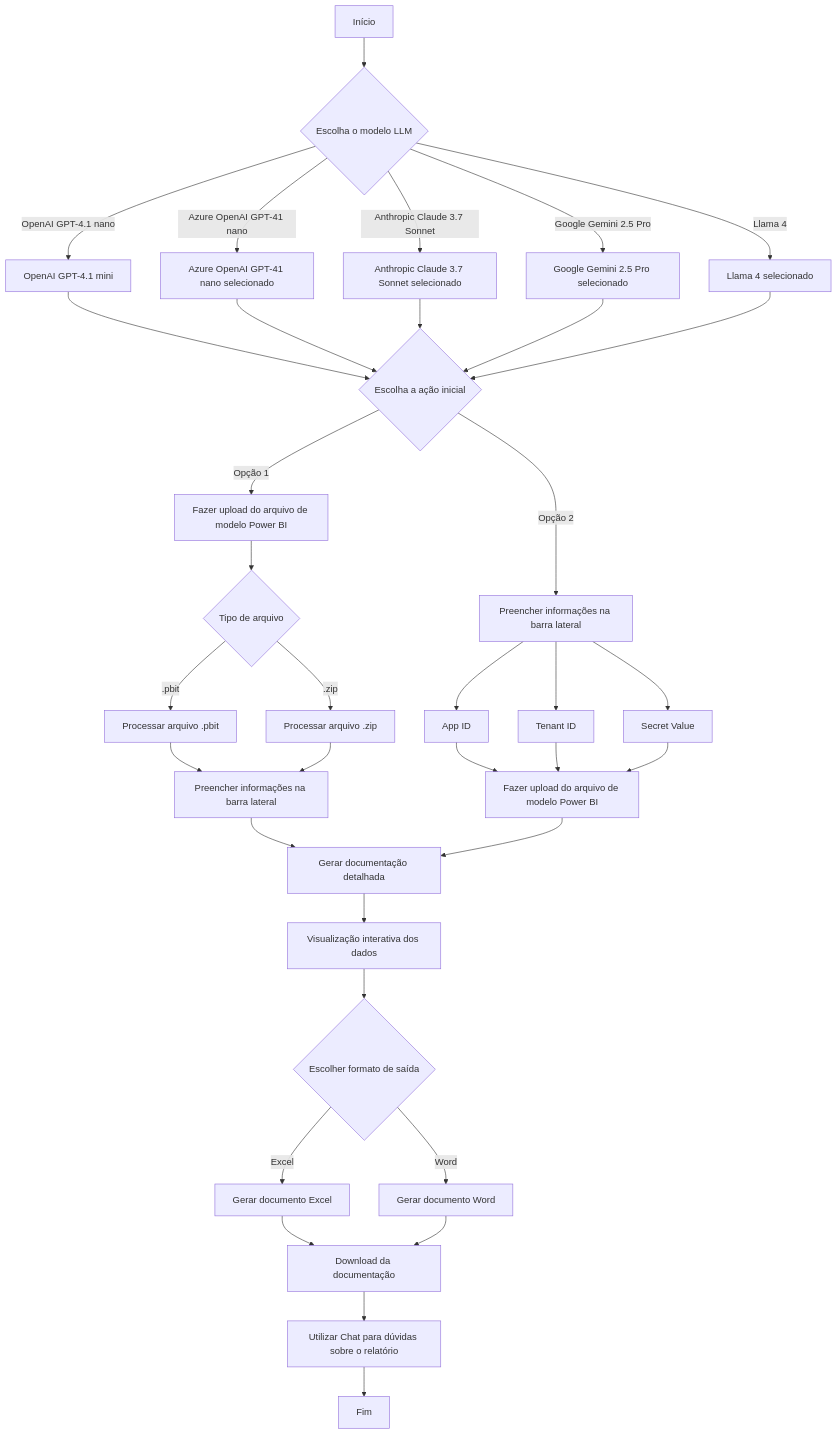
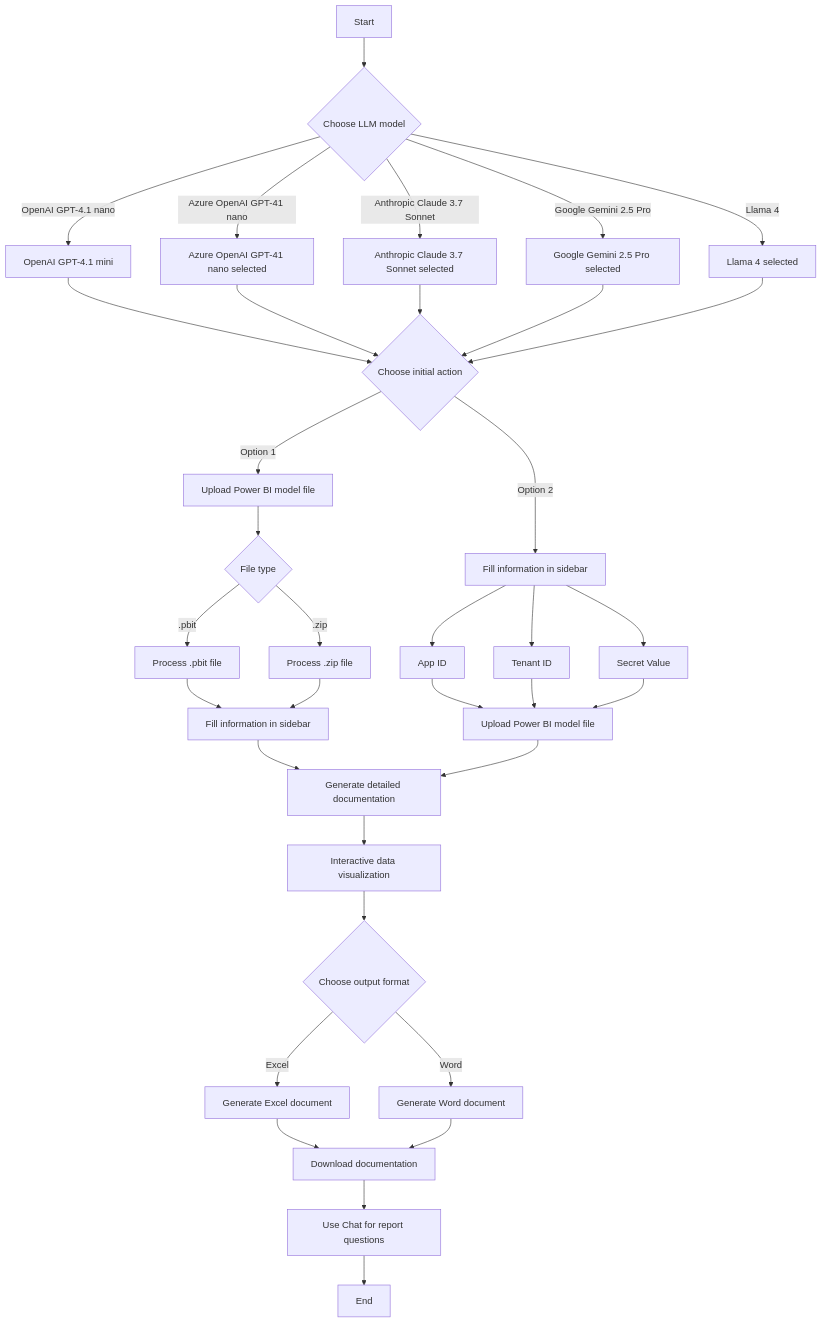
Before and after one commit to LawrenceTeixeira/PBIAutoDoc: the diagram in README.md, drawn with Mermaid. The commit also changed other lines of this file and 2 other files, not shown here.

````diff
--- a/README.md
+++ b/README.md
@@ -32,37 +32,37 @@
 ```mermaid
 graph TD
-    A[Início] --> B{Escolha o modelo LLM}
+    A[Start] --> B{Choose LLM model}
     B -->|OpenAI GPT-4.1 nano| C[OpenAI GPT-4.1 mini]
-    B -->|Azure OpenAI GPT-41 nano| D[Azure OpenAI GPT-41 nano selecionado]
-    B -->|Anthropic Claude 3.7 Sonnet| E[Anthropic Claude 3.7 Sonnet selecionado]
-    B -->|Google Gemini 2.5 Pro| F[Google Gemini 2.5 Pro selecionado]
-    B -->|Llama 4| G[Llama 4 selecionado]
-    C --> H{Escolha a ação inicial}
+    B -->|Azure OpenAI GPT-41 nano| D[Azure OpenAI GPT-41 nano selected]
+    B -->|Anthropic Claude 3.7 Sonnet| E[Anthropic Claude 3.7 Sonnet selected]
+    B -->|Google Gemini 2.5 Pro| F[Google Gemini 2.5 Pro selected]
+    B -->|Llama 4| G[Llama 4 selected]
+    C --> H{Choose initial action}
     D --> H
     E --> H
     F --> H
     G --> H
-    H -->|Opção 1| I[Fazer upload do arquivo de modelo Power BI]
-    H -->|Opção 2| J[Preencher informações na barra lateral]
-    I --> K{Tipo de arquivo}
-    K -->|.pbit| L[Processar arquivo .pbit]
-    K -->|.zip| M[Processar arquivo .zip]
+    H -->|Option 1| I[Upload Power BI model file]
+    H -->|Option 2| J[Fill information in sidebar]
+    I --> K{File type}
+    K -->|.pbit| L[Process .pbit file]
+    K -->|.zip| M[Process .zip file]
     J --> N[App ID]
     J --> O[Tenant ID]
     J --> P[Secret Value]
-    L --> Q[Preencher informações na barra lateral]
+    L --> Q[Fill information in sidebar]
     M --> Q
-    N --> R[Fazer upload do arquivo de modelo Power BI]
+    N --> R[Upload Power BI model file]
     O --> R
     P --> R
-    Q --> S[Gerar documentação detalhada]
+    Q --> S[Generate detailed documentation]
     R --> S
-    S --> T[Visualização interativa dos dados]
-    T --> U{Escolher formato de saída}
-    U -->|Excel| V[Gerar documento Excel]
-    U -->|Word| W[Gerar documento Word]
-    V --> X[Download da documentação]
+    S --> T[Interactive data visualization]
+    T --> U{Choose output format}
+    U -->|Excel| V[Generate Excel document]
+    U -->|Word| W[Generate Word document]
+    V --> X[Download documentation]
     W --> X
-    X --> Z[Utilizar Chat para dúvidas sobre o relatório]
-    Z --> Y[Fim]
+    X --> Z[Use Chat for report questions]
+    Z --> Y[End]
 ```
````
